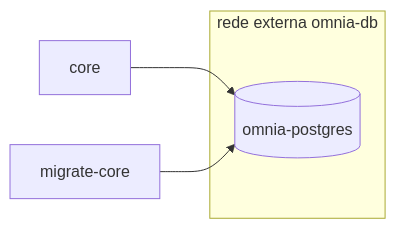
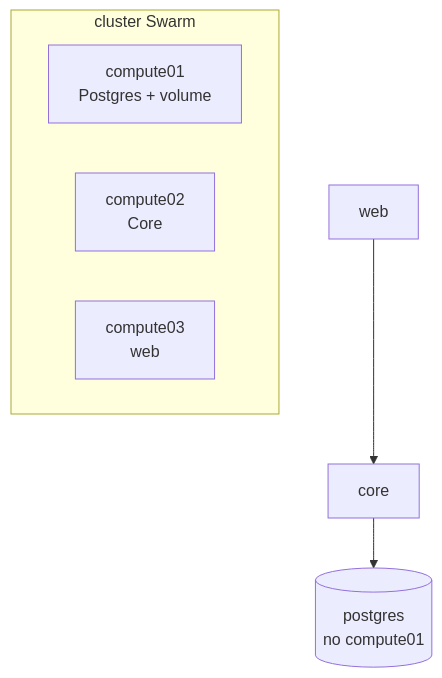
Before and after one commit to healthdevio/projeto-itia-dois: the diagram in docs/ci_cd/pre-requisitos.md, drawn with Mermaid. The commit also changed other lines of this file and 10 other files, not shown here.

````diff
--- a/docs/ci_cd/pre-requisitos.md
+++ b/docs/ci_cd/pre-requisitos.md
@@ -24,8 +42,10 @@
 ```mermaid
-flowchart LR
-    subgraph REDE [rede externa omnia-db]
-        DB[(omnia-postgres)]
+flowchart TB
+    subgraph CLUSTER [cluster Swarm]
+        N1[compute01<br/>Postgres + volume]
+        N2[compute02<br/>Core]
+        N3[compute03<br/>web]
     end
-    C[core] --> DB
-    M[migrate-core] --> DB
+    C[core] --> P[(postgres<br/>no compute01)]
+    W[web] --> C
 ```
````
